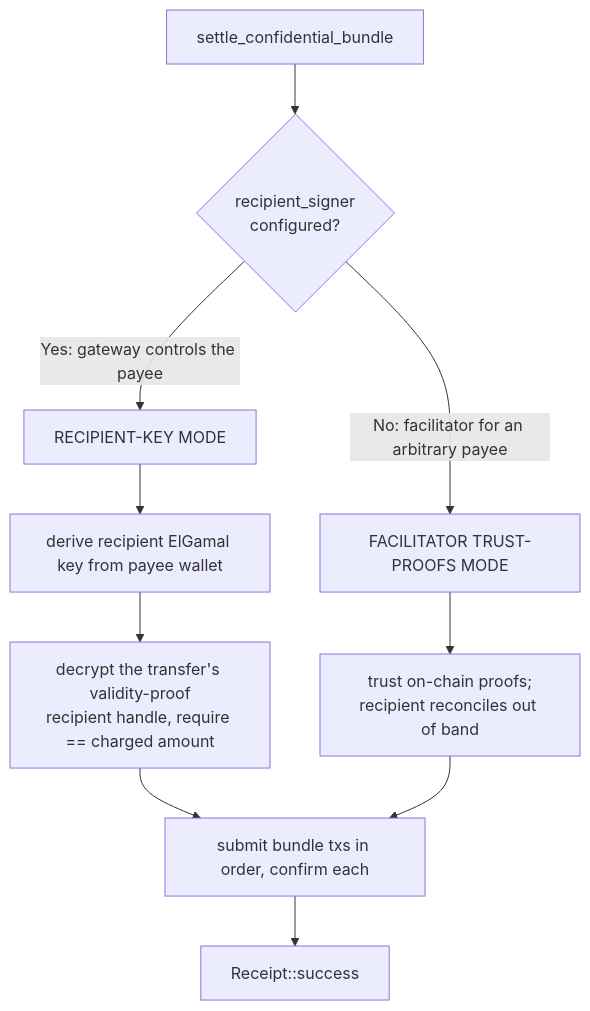
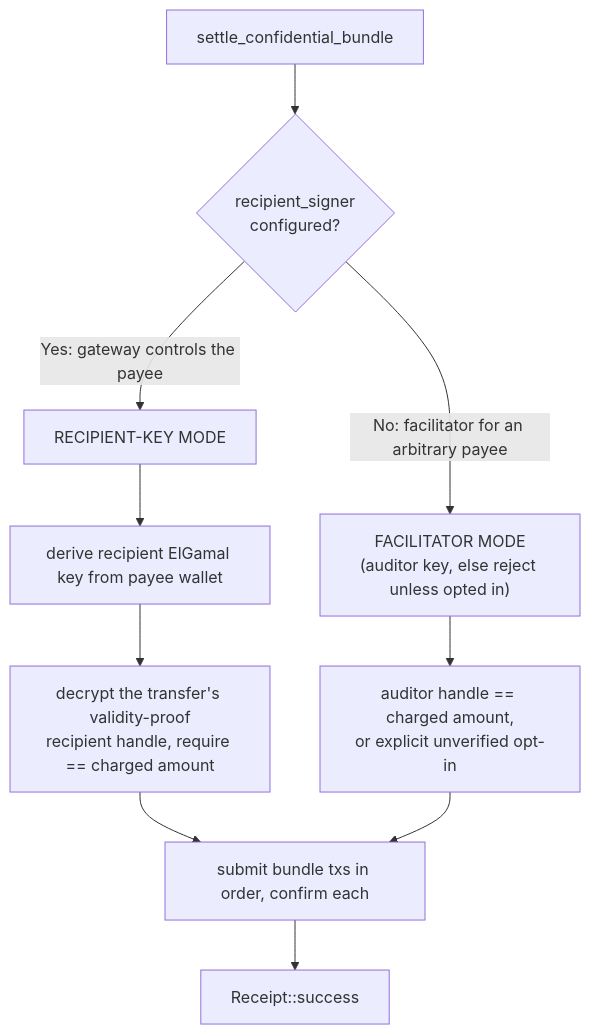
One commit to solana-foundation/pay-kit changed the seventh of 7 diagrams in rust/crates/kit/docs/confidential-transfers.md. Above: the diagram before and after it, drawn with Mermaid. The commit also changed other lines of this file and 5 other files, not shown here.

````diff
--- a/rust/crates/kit/docs/confidential-transfers.md
+++ b/rust/crates/kit/docs/confidential-transfers.md
@@ -467,13 +467,13 @@
 ```mermaid
 flowchart TD
     Start["settle_confidential_bundle"] --> Q{recipient_signer<br/>configured?}
     Q -->|Yes: gateway controls the payee| RK["RECIPIENT-KEY MODE"]
-    Q -->|No: facilitator for an arbitrary payee| FP["FACILITATOR TRUST-PROOFS MODE"]
+    Q -->|No: facilitator for an arbitrary payee| FP["FACILITATOR MODE<br/>(auditor key, else reject unless opted in)"]
 
     RK --> RK1["derive recipient ElGamal key from payee wallet"]
     RK1 --> RK2["decrypt the transfer's validity-proof<br/>recipient handle, require == charged amount"]
     RK2 --> Sub["submit bundle txs in order, confirm each"]
-    FP --> FP2["trust on-chain proofs;<br/>recipient reconciles out of band"]
+    FP --> FP2["auditor handle == charged amount,<br/>or explicit unverified opt-in"]
     FP2 --> Sub
     Sub --> Done["Receipt::success"]
 ```
````
